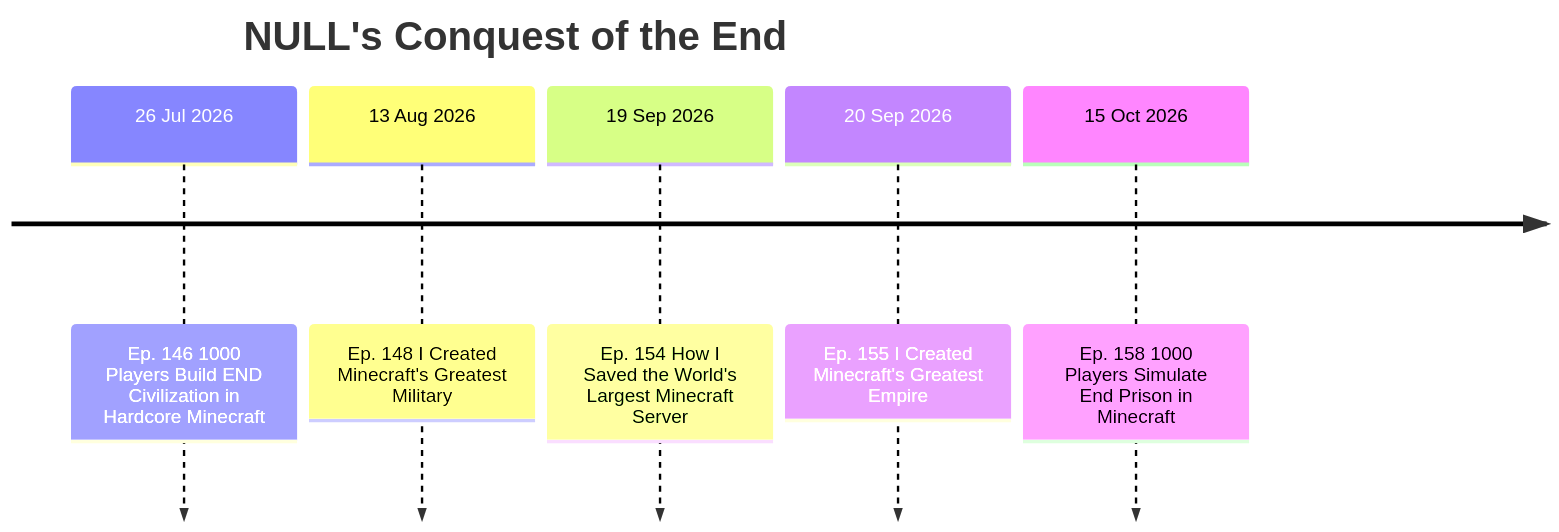
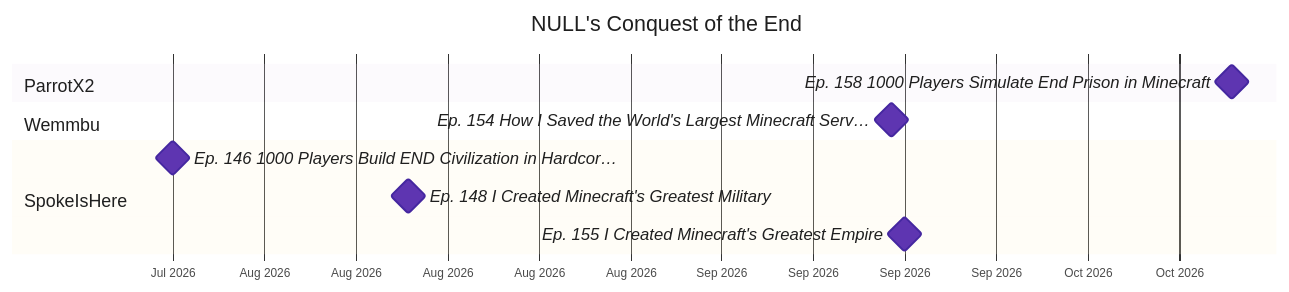
The diagram in docs/events/nulls-conquest-of-the-end.md (That1Guy005/Unstable-Wiki), drawn with Mermaid before and after one commit. The commit also changed other lines of this file and 57 other files, not shown here.

Commit message:
feat: improved readability charts

````diff
--- a/docs/events/nulls-conquest-of-the-end.md
+++ b/docs/events/nulls-conquest-of-the-end.md
@@ -19,9 +21,16 @@
 ```mermaid
-timeline
+%%{init: {"theme": "base", "themeVariables": {"fontFamily": "Roboto, Helvetica, Arial, sans-serif", "fontSize": "15px", "primaryTextColor": "#1f1f1f", "textColor": "#1f1f1f", "titleColor": "#1f1f1f", "gridColor": "#d0d0d8", "taskBkgColor": "#5e35b1", "taskBorderColor": "#4527a0", "taskTextColor": "#ffffff", "taskTextLightColor": "#ffffff", "taskTextDarkColor": "#1f1f1f", "taskTextOutsideColor": "#1f1f1f", "taskTextClickableColor": "#1f1f1f", "sectionBkgColor": "#ede7f6", "altSectionBkgColor": "#ffffff", "sectionBkgColor2": "#fff3d6"}, "gantt": {"barHeight": 26, "barGap": 6, "fontSize": 14, "sectionFontSize": 15, "leftPadding": 135, "topPadding": 54, "gridLineStartPadding": 40, "titleTopMargin": 24}, "themeCSS": ".titleText{font-size:20px;font-weight:600;fill:#1f1f1f} .sectionTitle{font-size:15px;font-weight:600;fill:#1f1f1f} .tick text{font-size:13px;fill:#333} .taskText,.taskTextOutsideRight,.taskTextOutsideLeft{font-size:14px} .milestone{fill:#5e35b1;stroke:#4527a0}"}}%%
+gantt
     title NULL's Conquest of the End
-        26 Jul 2026 : Ep. 146 1000 Players Build END Civilization in Hardcore Minecraft
-        13 Aug 2026 : Ep. 148 I Created Minecraft's Greatest Military
-        19 Sep 2026 : Ep. 154 How I Saved the World's Largest Minecraft Server
-        20 Sep 2026 : Ep. 155 I Created Minecraft's Greatest Empire
-        15 Oct 2026 : Ep. 158 1000 Players Simulate End Prison in Minecraft
+    dateFormat YYYY-MM-DD
+    axisFormat %b %Y
+    todayMarker off
+    section ParrotX2
+    Ep. 158 1000 Players Simulate End Prison in Minecraft : milestone, m0, 2026-10-15, 0d
+    section Wemmbu
+    Ep. 154 How I Saved the World's Largest Minecraft Serv… : milestone, m1, 2026-09-19, 0d
+    section SpokeIsHere
+    Ep. 146 1000 Players Build END Civilization in Hardcor… : milestone, m2, 2026-07-26, 0d
+    Ep. 148 I Created Minecraft's Greatest Military : milestone, m3, 2026-08-13, 0d
+    Ep. 155 I Created Minecraft's Greatest Empire : milestone, m4, 2026-09-20, 0d
 ```
````
